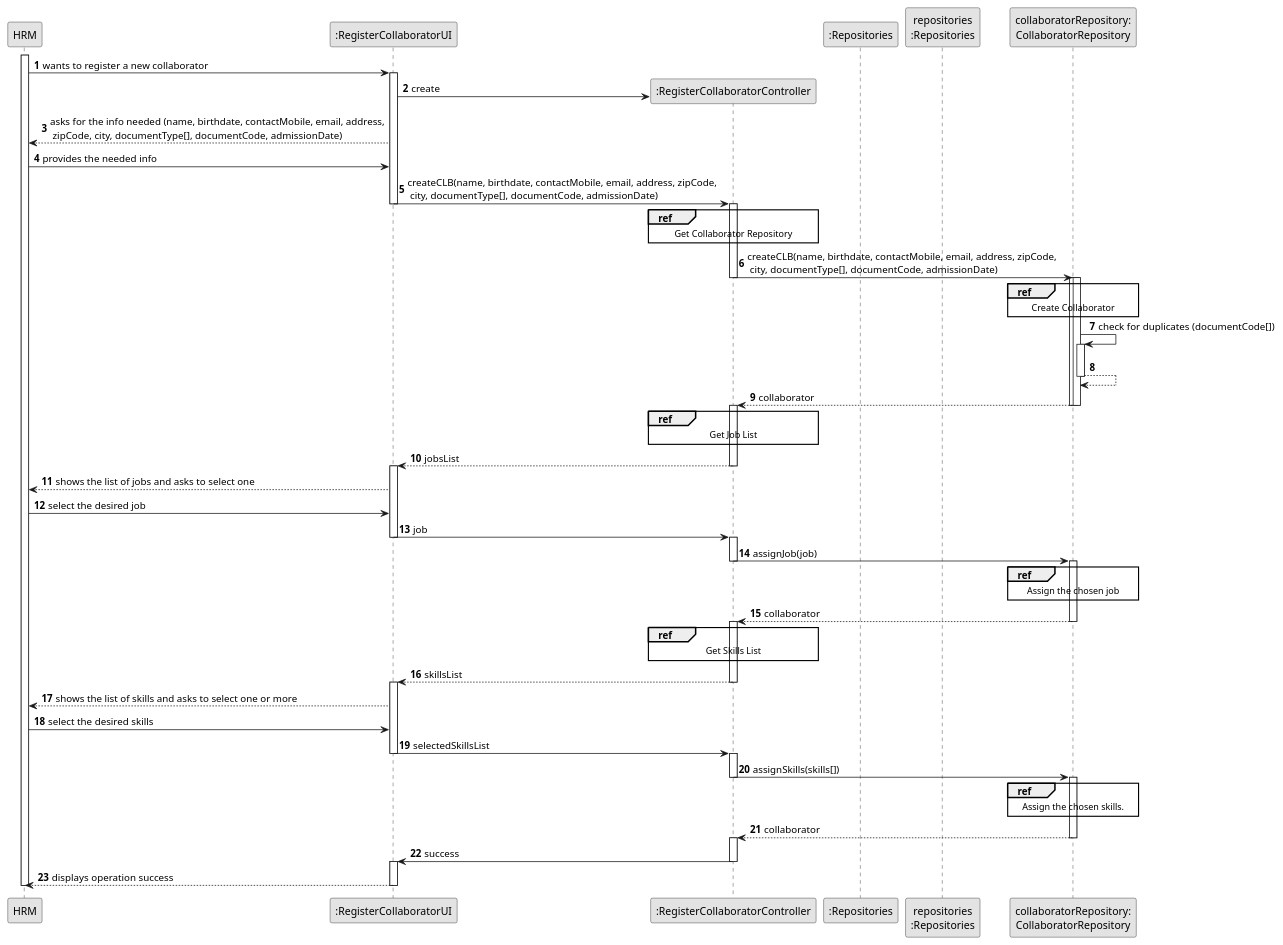
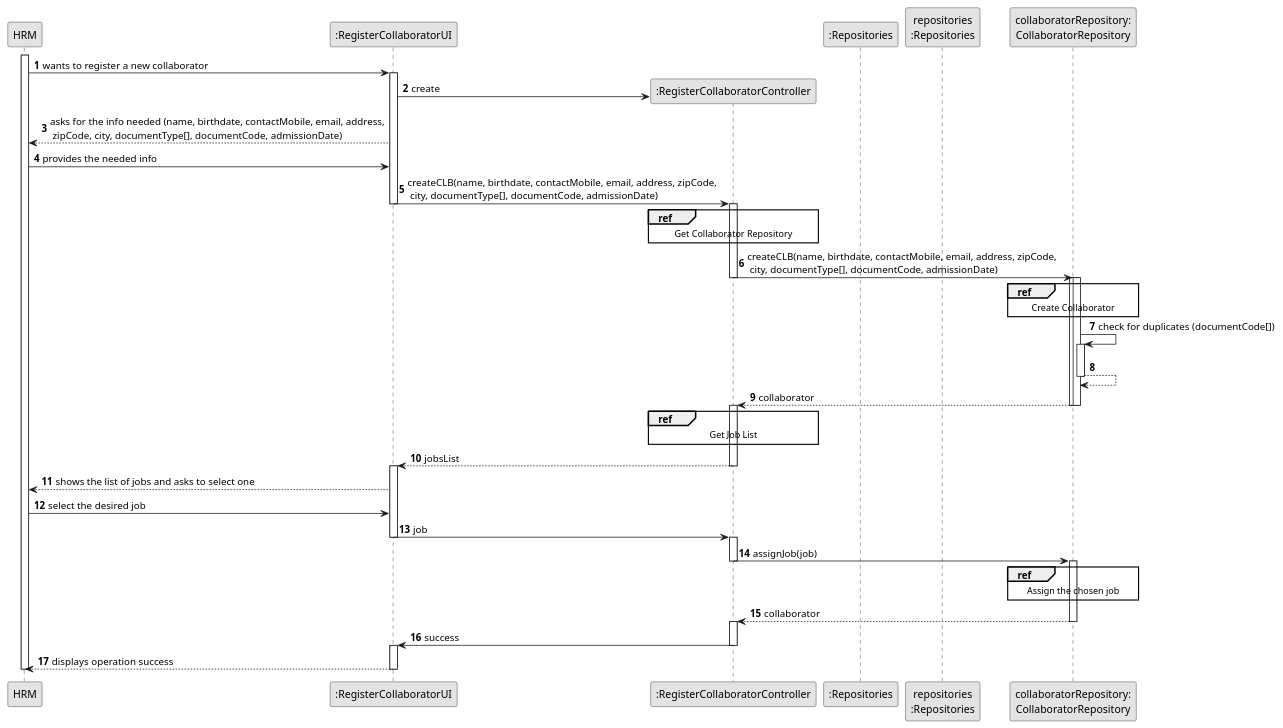
One commit to ricardomm7/leaflink changed the diagram in docs/sprintB/us003/03.design/puml/us003-sequence-diagram-split.puml. Above: the diagram before and after it, drawn with PlantUML. The commit also changed 3 other files, not shown here.

```diff
--- a/docs/sprintB/us003/03.design/puml/us003-sequence-diagram-split.puml
+++ b/docs/sprintB/us003/03.design/puml/us003-sequence-diagram-split.puml
@@ -1,101 +1,78 @@
 @startuml
 skinparam monochrome true
 skinparam packageStyle rectangle
 skinparam shadowing false
 
 autonumber
 
 participant "HRM" as HRM
 participant ":RegisterCollaboratorUI" as UI
 participant ":RegisterCollaboratorController" as CTRL
 participant ":Repositories" as GlobRepo
 participant "repositories\n:Repositories" as PLAT
 participant "collaboratorRepository:\nCollaboratorRepository" as CLBREP
 
 
 activate HRM
 HRM -> UI : wants to register a new collaborator
 activate UI
 UI -> CTRL** : create
 UI --> HRM : asks for the info needed (name, birthdate, contactMobile, email, address,\n zipCode, city, documentType[], documentCode, admissionDate)
 HRM -> UI : provides the needed info
 'UI --> HRM : shows a verification dialog
 'HRM -> UI : confirms collaborator creation
 UI -> CTRL : createCLB(name, birthdate, contactMobile, email, address, zipCode,\n city, documentType[], documentCode, admissionDate)
 deactivate UI
 activate CTRL
         ref over CTRL
             Get Collaborator Repository
         end ref
 
 CTRL -> CLBREP : createCLB(name, birthdate, contactMobile, email, address, zipCode,\n city, documentType[], documentCode, admissionDate)
 deactivate CTRL
 activate CLBREP
         ref over CLBREP
             Create Collaborator
         end ref
 
 activate CLBREP
 
 CLBREP -> CLBREP : check for duplicates (documentCode[])
 activate CLBREP
 CLBREP --> CLBREP
 deactivate CLBREP
 CLBREP --> CTRL : collaborator
 deactivate CLBREP
 deactivate CLBREP
 
 activate CTRL
 ref over CTRL
                          Get Job List
                      end ref
 CTRL -->UI : jobsList
 deactivate CTRL
 activate UI
 UI --> HRM : shows the list of jobs and asks to select one
 HRM -> UI : select the desired job
 UI -> CTRL : job
 deactivate UI
 activate CTRL
 
 
 CTRL ->CLBREP : assignJob(job)
 deactivate CTRL
 activate CLBREP
 
         ref over CLBREP
             Assign the chosen job
         end ref
 CLBREP --> CTRL : collaborator
 deactivate CLBREP
 activate CTRL
-
-        ref over CTRL
-            Get Skills List
-        end ref
-CTRL --> UI : skillsList
-deactivate CTRL
-activate UI
-UI --> HRM : shows the list of skills and asks to select one or more
-HRM -> UI : select the desired skills
-UI -> CTRL : selectedSkillsList
-deactivate UI
-
-activate CTRL
-
-CTRL -> CLBREP : assignSkills(skills[])
-deactivate CTRL
-activate CLBREP
-        ref over CLBREP
-            Assign the chosen skills.
-        end ref
-CLBREP --> CTRL : collaborator
-deactivate CLBREP
-activate CTRL
 CTRL -> UI : success
 deactivate CTRL
 activate UI
 UI --> HRM : displays operation success
 deactivate UI
 deactivate HRM
 @enduml
```
